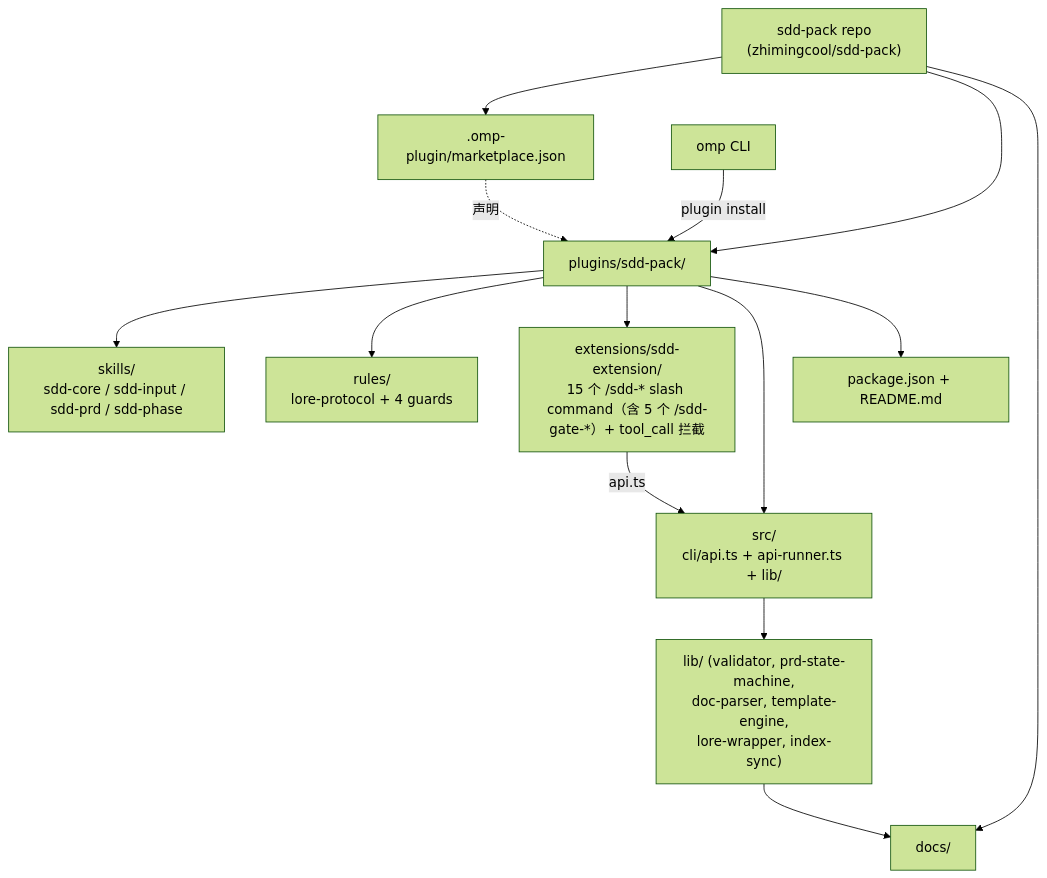
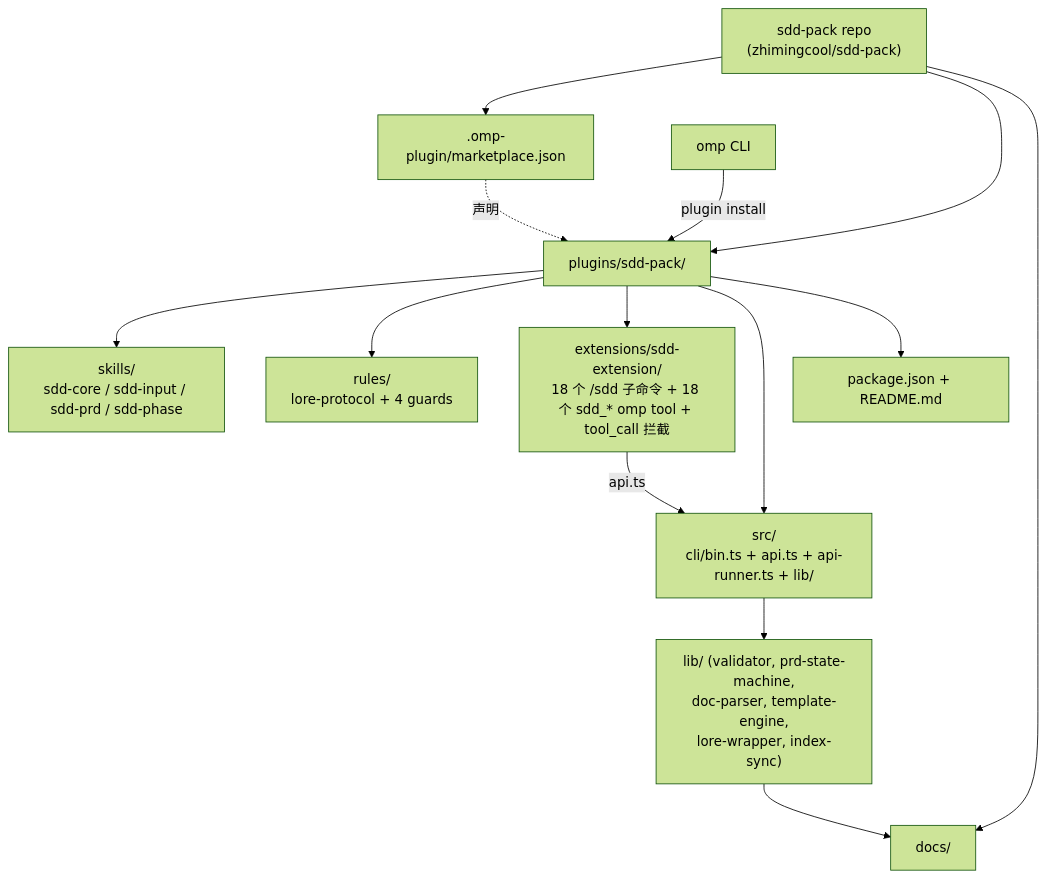
The first of 2 diagrams in docs/architecture/overview.md (Norman-pong/sdd-pack), drawn with Mermaid (forest theme) before and after one commit. The commit also changed other lines of this file and 3 other files, not shown here.

First line of the commit message:
docs: 补 ADR-019 + 更新 overview/sdd-gate/index 架构文档

````diff
--- a/docs/architecture/overview.md
+++ b/docs/architecture/overview.md
@@ -28,19 +28,19 @@
 ```mermaid
 graph TB
     Repo["sdd-pack repo<br/>(zhimingcool/sdd-pack)"] --> Catalog[".omp-plugin/marketplace.json"]
     Repo --> Plugin["plugins/sdd-pack/"]
     Repo --> Docs["docs/"]
 
     Plugin --> Skills["skills/<br/>sdd-core / sdd-input / sdd-prd / sdd-phase"]
     Plugin --> Rules["rules/<br/>lore-protocol + 4 guards"]
-    Plugin --> Ext["extensions/sdd-extension/<br/>15 个 /sdd-* slash command（含 5 个 /sdd-gate-*）+ tool_call 拦截"]
-    Plugin --> Src["src/<br/>cli/api.ts + api-runner.ts + lib/"]
+    Plugin --> Ext["extensions/sdd-extension/<br/>18 个 /sdd 子命令 + 18 个 sdd_* omp tool + tool_call 拦截"]
+    Plugin --> Src["src/<br/>cli/bin.ts + api.ts + api-runner.ts + lib/"]
     Plugin --> Manifest["package.json + README.md"]
 
     Catalog -.声明.-> Plugin
     OMP["omp CLI"] -->|plugin install| Plugin
 
     Ext -->|api.ts| Src
     Src --> Lib["lib/ (validator, prd-state-machine,<br/>doc-parser, template-engine,<br/>lore-wrapper, index-sync)"]
     Lib --> Docs
 ```
````
